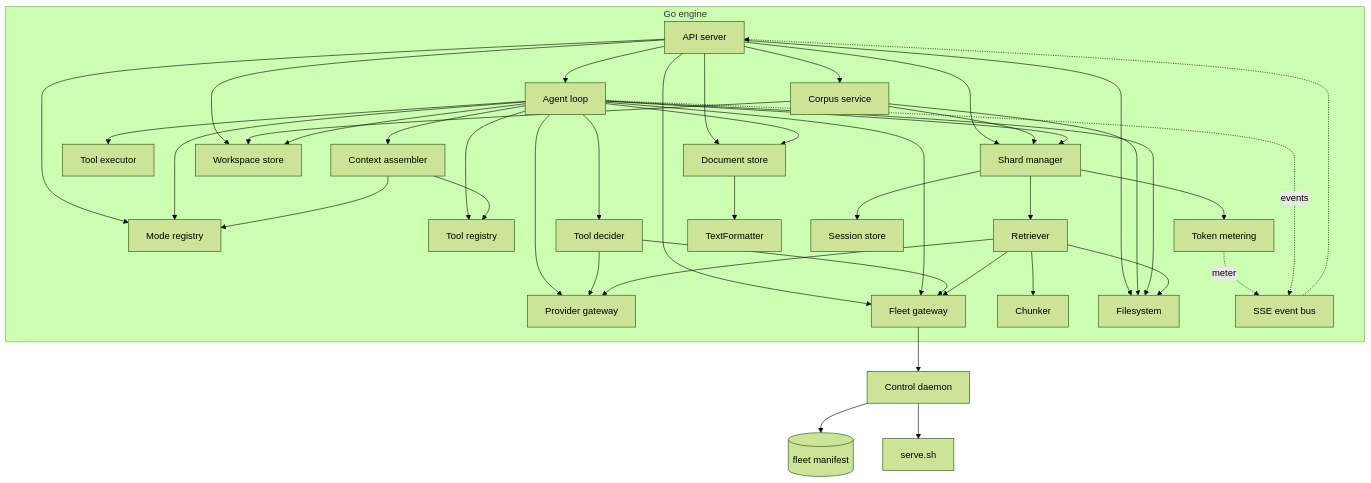
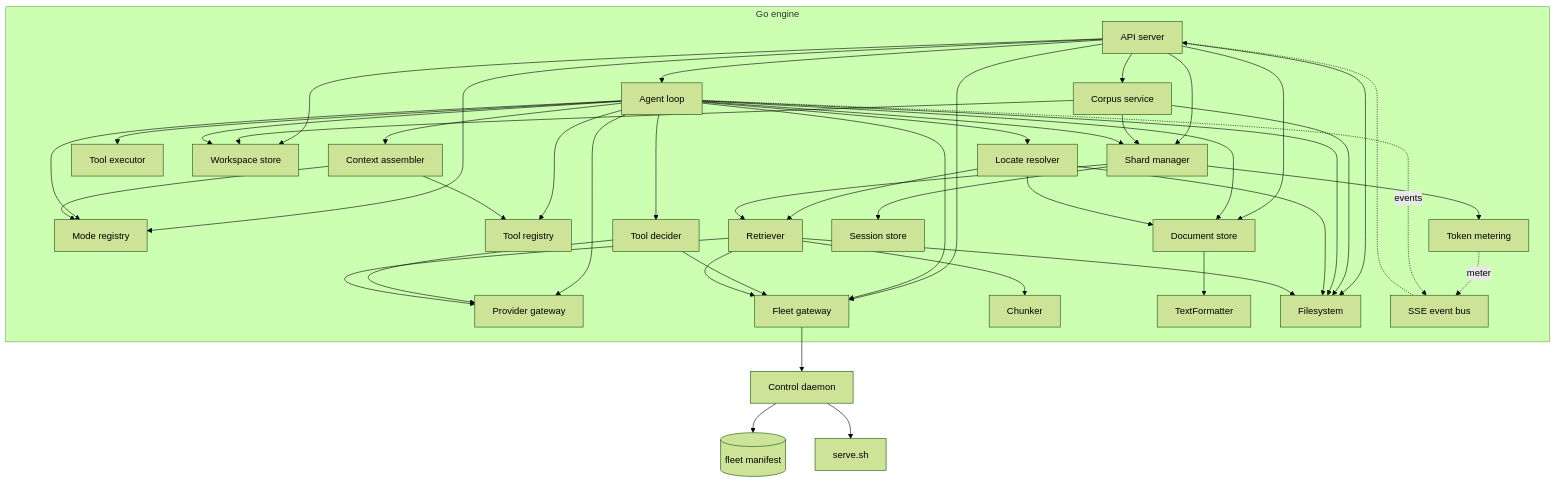
Before and after one commit to Snorre98/texteditor: the third of 7 diagrams in docs/writing-assistant/architecture.md, drawn with Mermaid (forest theme). The commit also changed other lines of this file and 42 other files, not shown here.

````diff
--- a/docs/writing-assistant/architecture.md
+++ b/docs/writing-assistant/architecture.md
@@ -143,69 +143,74 @@
 ```mermaid
 flowchart TB
     subgraph Engine[Go engine]
         API[API server]
         Loop[Agent loop]
         Assembler[Context assembler]
         Mode[Mode registry]
         ToolReg[Tool registry]
         ToolExec[Tool executor]
         Decider[Tool decider]
         Prov[Provider gateway]
         Fleet[Fleet gateway]
         Meter[Token metering]
         Ret[Retriever]
         Chunker[Chunker]
         TextFormatter[TextFormatter]
         Sess[Session store]
         Doc[Document store]
         FS[Filesystem]
         WStore[Workspace store]
         Shards[Shard manager]
         Corpus[Corpus service]
+        Locate[Locate resolver]
         Bus[SSE event bus]
     end
     Daemon[Control daemon]
     Manifest[(fleet manifest)]
     Exec[serve.sh]
 
     API --> Loop
     API --> Doc
     API --> Mode
     API --> Fleet
     API --> FS
     API --> WStore
     API --> Shards
     API --> Corpus
     Corpus --> WStore
     Corpus --> FS
     Corpus --> Shards
     Loop --> Mode
     Loop --> ToolReg
     Loop --> ToolExec
     Loop --> Assembler
     Loop --> Prov
     Loop --> Fleet
     Loop --> Doc
     Loop --> WStore
     Loop --> Shards
     Loop --> FS
     Loop --> Decider
+    Loop --> Locate
+    Locate --> Doc
+    Locate --> Ret
+    Locate --> FS
     Decider --> Fleet
     Decider --> Prov
     Assembler --> Mode
     Assembler --> ToolReg
     Ret --> Fleet
     Ret --> Prov
     Ret --> Chunker
     Ret --> FS
     Doc --> TextFormatter
     Shards --> Ret
     Shards --> Sess
     Shards --> Meter
     Fleet --> Daemon
     Daemon --> Manifest
     Daemon --> Exec
     Meter -.meter.-> Bus
     Loop -.events.-> Bus
     Bus -.-> API
 ```
````
